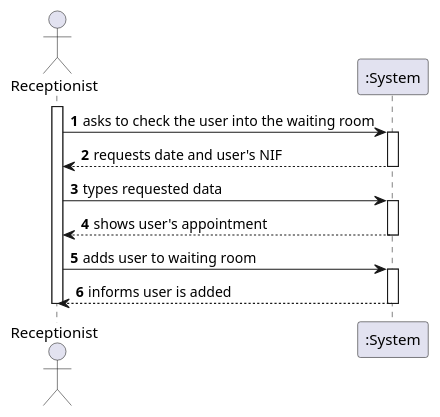
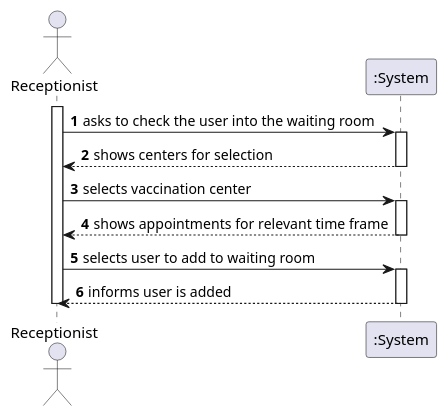
Before and after one commit to PedroMesquita1211171/VaccinationManager: the diagram in docs/SprintC/US/US4/US004_SSD.puml, drawn with PlantUML. The commit also changed 3 other files, not shown here.

```diff
--- a/docs/SprintC/US/US4/US004_SSD.puml
+++ b/docs/SprintC/US/US4/US004_SSD.puml
@@ -1,24 +1,24 @@
 @startuml
 autonumber
 actor "Receptionist" as rec
 
 activate rec
 rec -> ":System" : asks to check the user into the waiting room
 activate ":System"
-":System" --> rec : requests date and user's NIF
+":System" --> rec : shows centers for selection
 deactivate ":System"
 
-rec -> ":System" : types requested data
+rec -> ":System" : selects vaccination center
 activate ":System"
-":System" --> rec : shows user's appointment
+":System" --> rec : shows appointments for relevant time frame
 deactivate ":System"
 
-rec -> ":System" : adds user to waiting room
+rec -> ":System" : selects user to add to waiting room
 activate ":System"
 ":System" --> rec : informs user is added
 deactivate ":System"
 
 
 deactivate rec
 
 @enduml
```
